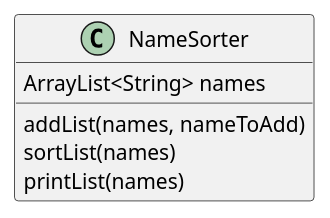
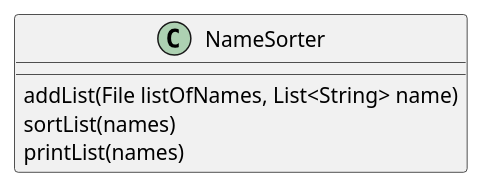
Before and after one commit to Sonxaj/turner-cop3330-assignment3: the diagram in src/main/java/assignment3/ex41/ex41.puml, drawn with PlantUML. The commit also changed 4 other files, not shown here.

```diff
--- a/src/main/java/assignment3/ex41/ex41.puml
+++ b/src/main/java/assignment3/ex41/ex41.puml
@@ -1,10 +1,9 @@
 @startuml
 class NameSorter{
-    ArrayList<String> names
 
-    addList(names, nameToAdd)
+    addList(File listOfNames, List<String> name)
     sortList(names)
     printList(names)
 
 }
 @enduml
```
